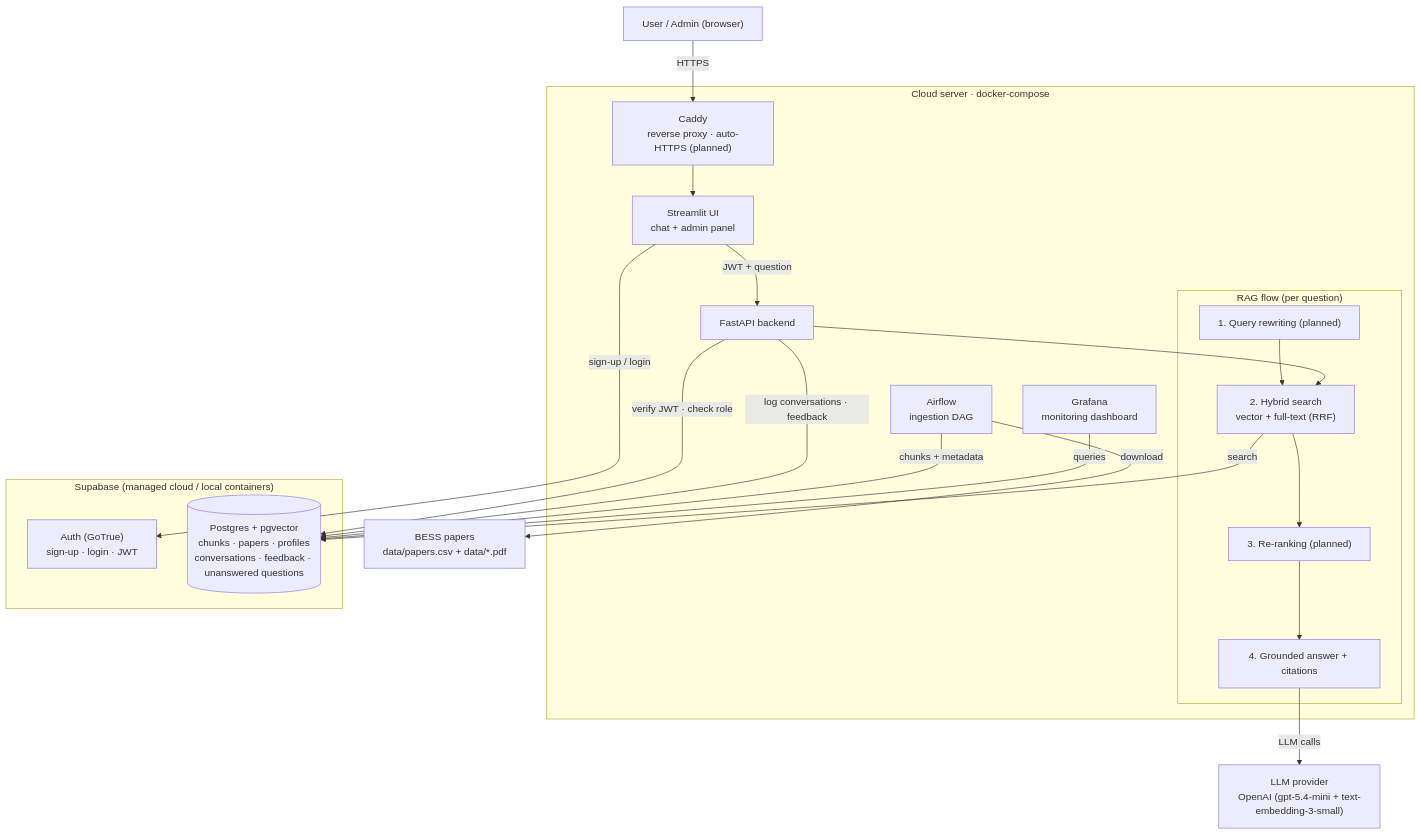
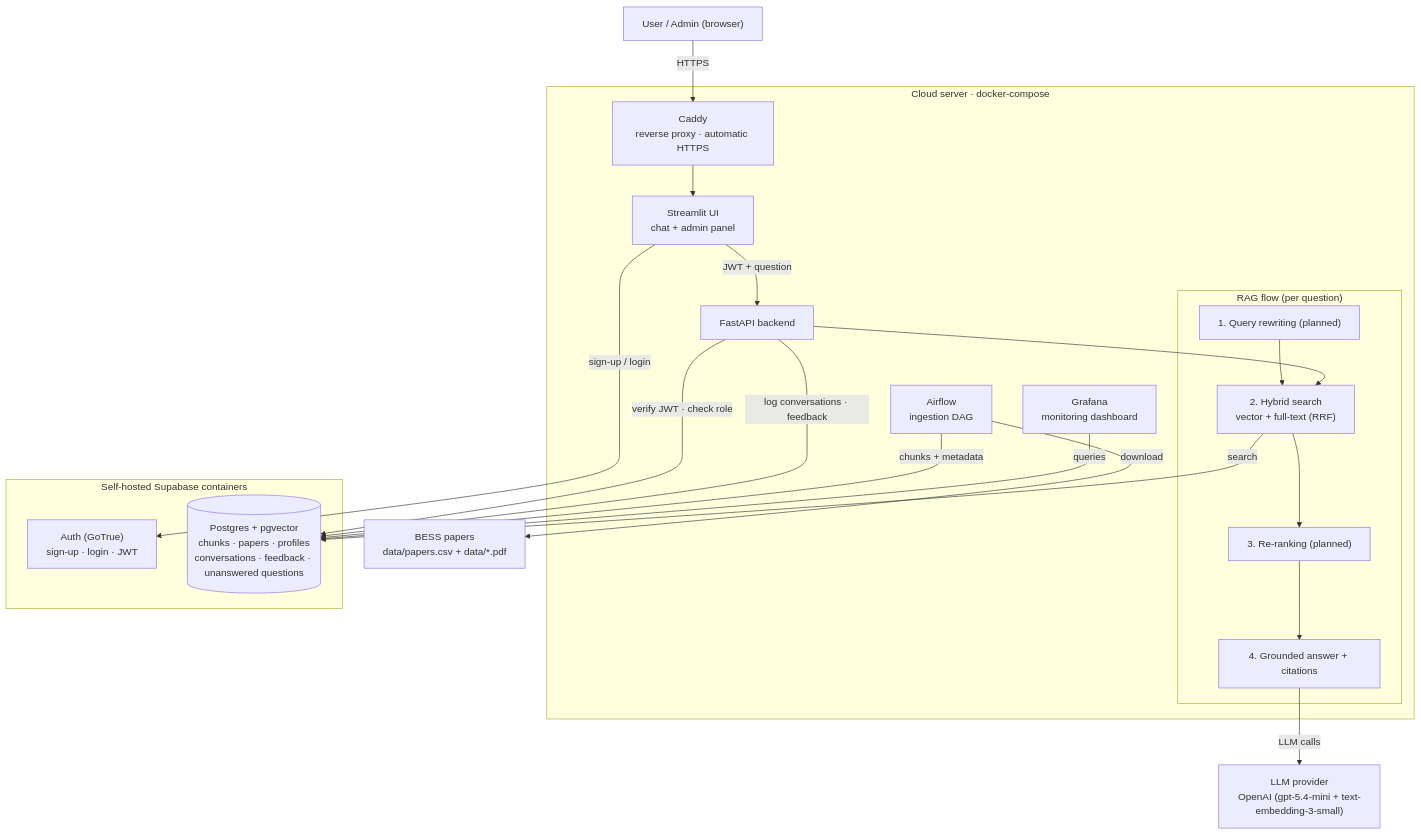
Before and after one commit to jveg25/llm-zoomcamp-jesus-vega-capstone-project: the diagram in README.md, drawn with Mermaid. The commit also changed other lines of this file, not shown here.

````diff
--- a/README.md
+++ b/README.md
@@ -38,42 +53,42 @@
 ```mermaid
 flowchart TB
     U["User / Admin (browser)"]
 
     subgraph EDGE["Cloud server · docker-compose"]
-        CADDY["Caddy<br/>reverse proxy · auto-HTTPS (planned)"]
+        CADDY["Caddy<br/>reverse proxy · automatic HTTPS"]
         UI["Streamlit UI<br/>chat + admin panel"]
         API["FastAPI backend"]
 
         subgraph RAG["RAG flow (per question)"]
             QR["1. Query rewriting (planned)"]
             HS["2. Hybrid search<br/>vector + full-text (RRF)"]
             RR["3. Re-ranking (planned)"]
             GEN["4. Grounded answer + citations"]
             QR --> HS --> RR --> GEN
         end
 
         AF["Airflow<br/>ingestion DAG"]
         GF["Grafana<br/>monitoring dashboard"]
     end
 
-    subgraph SUPA["Supabase (managed cloud / local containers)"]
+    subgraph SUPA["Self-hosted Supabase containers"]
         AUTH["Auth (GoTrue)<br/>sign-up · login · JWT"]
         DB[("Postgres + pgvector<br/>chunks · papers · profiles<br/>conversations · feedback · unanswered questions")]
     end
 
     LLM["LLM provider<br/>OpenAI (gpt-5.4-mini + text-embedding-3-small)"]
     PDF["BESS papers<br/>data/papers.csv + data/*.pdf"]
 
     U -->|HTTPS| CADDY
     CADDY --> UI
     UI -->|sign-up / login| AUTH
     UI -->|JWT + question| API
     API -->|verify JWT · check role| DB
     API --> HS
     GEN -->|LLM calls| LLM
     HS -->|search| DB
     API -->|log conversations · feedback| DB
     AF -->|download| PDF
     AF -->|chunks + metadata| DB
     GF -->|queries| DB
 ```
````
